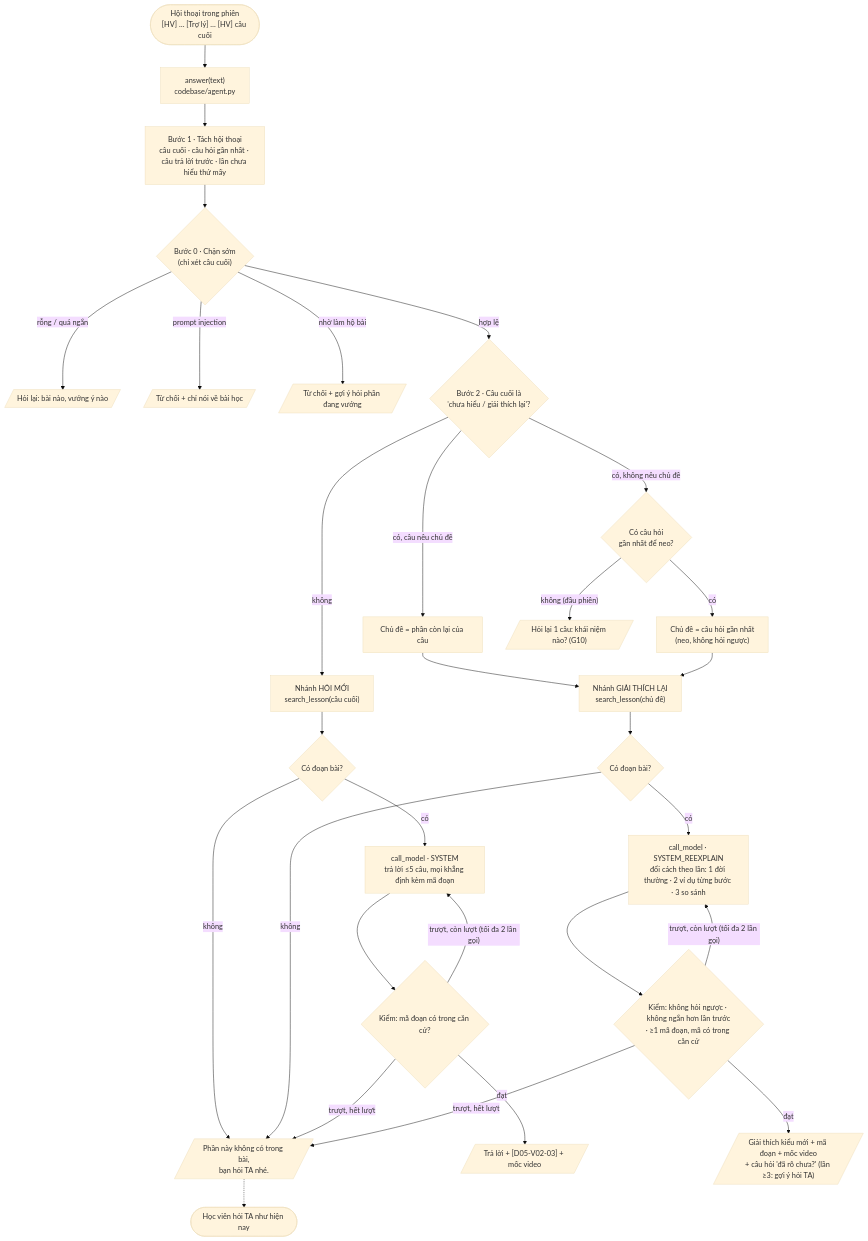
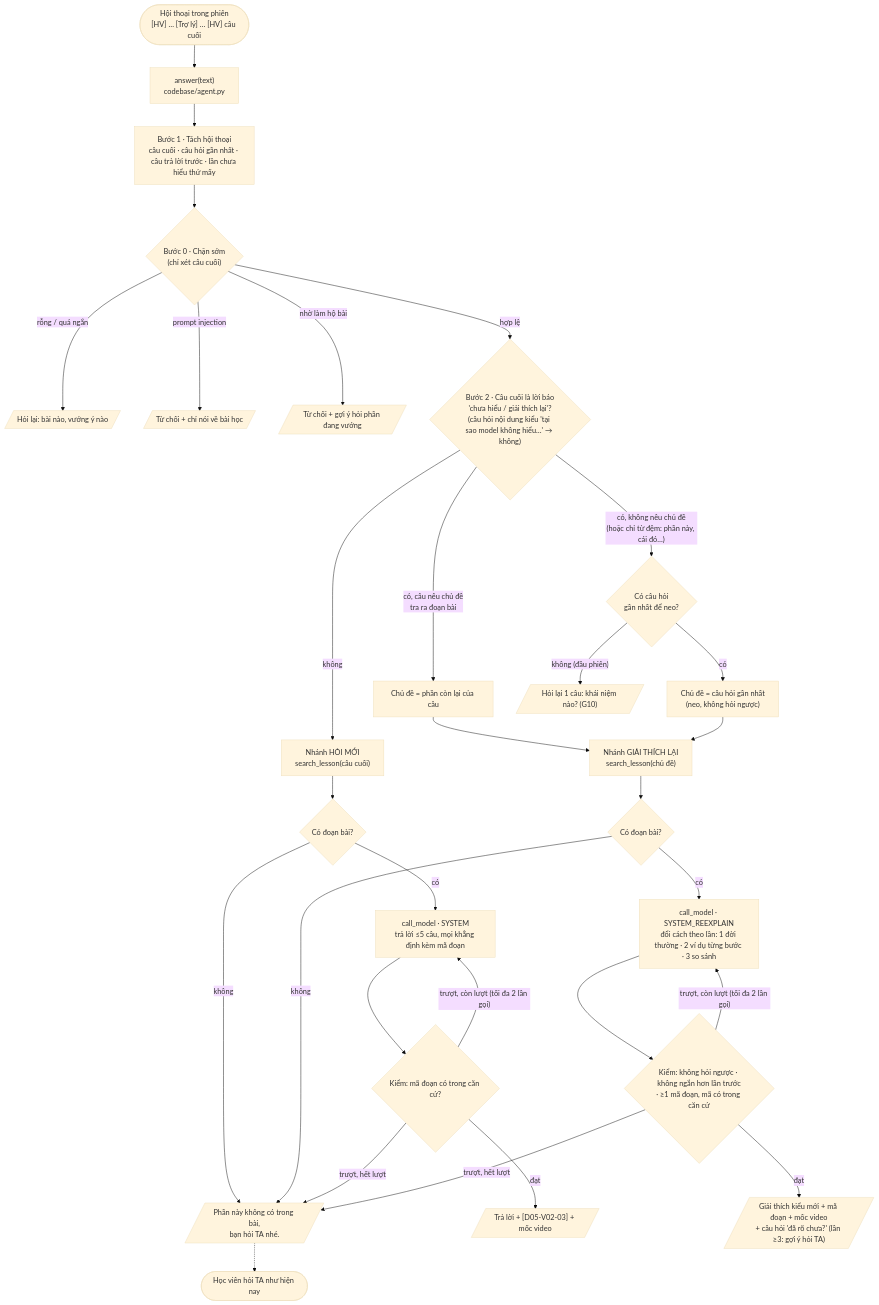
The diagram in spec.md (duongthuyen/K5-Day15-L3B-419), drawn with Mermaid (base theme) before and after one commit. The commit also changed 1 other file, not shown here.

Commit message:
agent: sửa 3 lỗi logic nhánh "chưa hiểu"
1. "em vẫn chưa hiểu phần này / cái đó / khó hiểu quá" bị coi là chủ đề mới
   → trả "không có trong bài". Nay từ chỉ trỏ là từ đệm, và phần còn lại
   chỉ là chủ đề mới khi tra ra đoạn bài; không thì neo câu hỏi gần nhất.
2. Câu hỏi nội dung có chữ "không hiểu" ("Tại sao model không hiểu…?")
   đi nhầm nhánh giải thích lại. Nay bỏ qua câu bắt đầu bằng từ hỏi và
   cụm "không hiểu" có chủ ngữ là model/AI.
3. Kiểm hỏi ngược bỏ lọt "Bạn đang vướng ở chỗ nào?", "Phần nào bạn chưa
   rõ?". Nay bắt mọi cặp "chưa hiểu/vướng… + chỗ/ý/phần nào"; prompt dặn
   câu hỏi cuối phải gợi ý điểm cụ thể.
spec §4: nhãn sơ đồ bước 2 khớp logic mới.

````diff
--- a/spec.md
+++ b/spec.md
@@ -55,32 +55,32 @@
 ```mermaid
 flowchart TD
     U(["Hội thoại trong phiên<br/>[HV] … [Trợ lý] … [HV] câu cuối"]) --> A["answer(text)<br/>codebase/agent.py"]
     A --> D["Bước 1 · Tách hội thoại<br/>câu cuối · câu hỏi gần nhất · câu trả lời trước · lần chưa hiểu thứ mấy"]
     D --> P{"Bước 0 · Chặn sớm<br/>(chỉ xét câu cuối)"}
     P -- "rỗng / quá ngắn" --> R0[/"Hỏi lại: bài nào, vướng ý nào"/]
     P -- "prompt injection" --> R1[/"Từ chối + chỉ nói về bài học"/]
     P -- "nhờ làm hộ bài" --> R2[/"Từ chối + gợi ý hỏi phần đang vướng"/]
-    P -- "hợp lệ" --> B{"Bước 2 · Câu cuối là<br/>'chưa hiểu / giải thích lại'?"}
+    P -- "hợp lệ" --> B{"Bước 2 · Câu cuối là lời báo<br/>'chưa hiểu / giải thích lại'?<br/>(câu hỏi nội dung kiểu 'tại sao model không hiểu…' → không)"}
     B -- "không" --> S1["Nhánh HỎI MỚI<br/>search_lesson(câu cuối)"]
-    B -- "có, câu nêu chủ đề" --> T["Chủ đề = phần còn lại của câu"]
-    B -- "có, không nêu chủ đề" --> H{"Có câu hỏi<br/>gần nhất để neo?"}
+    B -- "có, câu nêu chủ đề<br/>tra ra đoạn bài" --> T["Chủ đề = phần còn lại của câu"]
+    B -- "có, không nêu chủ đề<br/>(hoặc chỉ từ đệm: phần này, cái đó…)" --> H{"Có câu hỏi<br/>gần nhất để neo?"}
     H -- "có" --> T2["Chủ đề = câu hỏi gần nhất<br/>(neo, không hỏi ngược)"]
     H -- "không (đầu phiên)" --> R3[/"Hỏi lại 1 câu: khái niệm nào? (G10)"/]
     T --> S2["Nhánh GIẢI THÍCH LẠI<br/>search_lesson(chủ đề)"]
     T2 --> S2
     S1 --> C1{"Có đoạn bài?"}
     S2 --> C2{"Có đoạn bài?"}
     C1 -- "không" --> NF[/"Phần này không có trong bài,<br/>bạn hỏi TA nhé."/]
     C2 -- "không" --> NF
     C1 -- "có" --> M1["call_model · SYSTEM<br/>trả lời ≤5 câu, mọi khẳng định kèm mã đoạn"]
     C2 -- "có" --> M2["call_model · SYSTEM_REEXPLAIN<br/>đổi cách theo lần: 1 đời thường · 2 ví dụ từng bước · 3 so sánh"]
     M1 --> K1{"Kiểm: mã đoạn có trong căn cứ?"}
     M2 --> K2{"Kiểm: không hỏi ngược · không ngắn hơn lần trước<br/>· ≥1 mã đoạn, mã có trong căn cứ"}
     K1 -- "đạt" --> OK1[/"Trả lời + [D05-V02-03] + mốc video"/]
     K2 -- "đạt" --> OK2[/"Giải thích kiểu mới + mã đoạn + mốc video<br/>+ câu hỏi 'đã rõ chưa?' (lần ≥3: gợi ý hỏi TA)"/]
     K1 -- "trượt, còn lượt (tối đa 2 lần gọi)" --> M1
     K2 -- "trượt, còn lượt (tối đa 2 lần gọi)" --> M2
     K1 -- "trượt, hết lượt" --> NF
     K2 -- "trượt, hết lượt" --> NF
     NF -.-> TA([Học viên hỏi TA như hiện nay])
 ```
````
